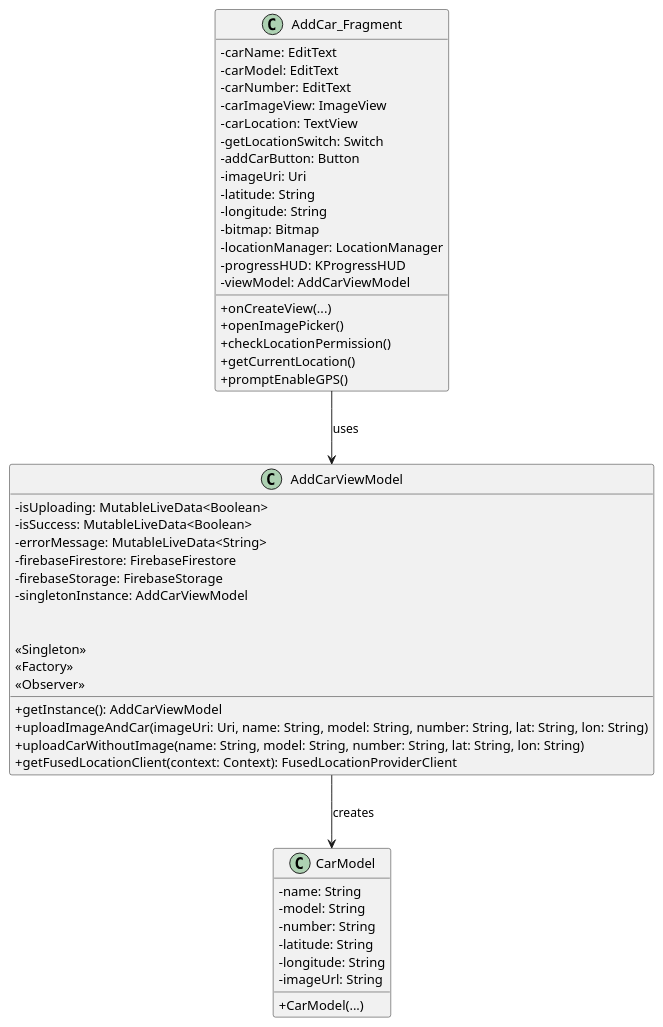
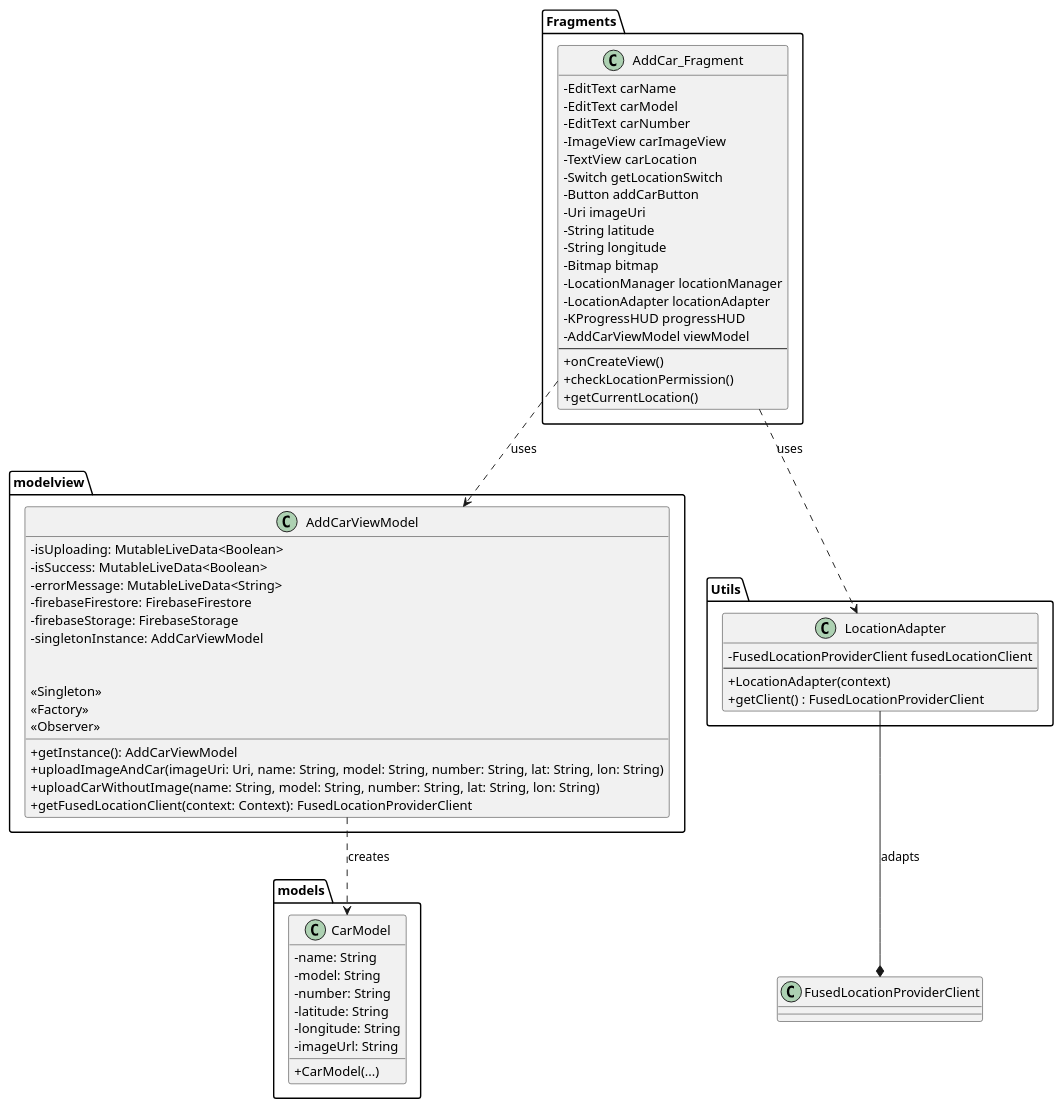
Before and after one commit to seruyvodoley/vehicle_tracking: the diagram in app/src/main/java/com/example/vehicletracking/fragments/class.puml, drawn with PlantUML. The commit also changed 5 other files, not shown here.

```diff
--- a/app/src/main/java/com/example/vehicletracking/fragments/class.puml
+++ b/app/src/main/java/com/example/vehicletracking/fragments/class.puml
@@ -1,61 +1,74 @@
 @startuml
 skinparam classAttributeIconSize 0
 
 ' ------------------ CarModel ---------------------
-class CarModel {
-  - name: String
-  - model: String
-  - number: String
-  - latitude: String
-  - longitude: String
-  - imageUrl: String
-  + CarModel(...)
+package models{
+    class CarModel {
+      - name: String
+      - model: String
+      - number: String
+      - latitude: String
+      - longitude: String
+      - imageUrl: String
+      + CarModel(...)
+    }
 }
 
 ' ------------------ AddCarViewModel ---------------------
-class AddCarViewModel {
-  - isUploading: MutableLiveData<Boolean>
-  - isSuccess: MutableLiveData<Boolean>
-  - errorMessage: MutableLiveData<String>
-  - firebaseFirestore: FirebaseFirestore
-  - firebaseStorage: FirebaseStorage
-  - singletonInstance: AddCarViewModel
+package modelview{
+    class AddCarViewModel {
+      - isUploading: MutableLiveData<Boolean>
+      - isSuccess: MutableLiveData<Boolean>
+      - errorMessage: MutableLiveData<String>
+      - firebaseFirestore: FirebaseFirestore
+      - firebaseStorage: FirebaseStorage
+      - singletonInstance: AddCarViewModel
 
-  + getInstance(): AddCarViewModel
-  + uploadImageAndCar(imageUri: Uri, name: String, model: String, number: String, lat: String, lon: String)
-  + uploadCarWithoutImage(name: String, model: String, number: String, lat: String, lon: String)
-  + getFusedLocationClient(context: Context): FusedLocationProviderClient
+      + getInstance(): AddCarViewModel
+      + uploadImageAndCar(imageUri: Uri, name: String, model: String, number: String, lat: String, lon: String)
+      + uploadCarWithoutImage(name: String, model: String, number: String, lat: String, lon: String)
+      + getFusedLocationClient(context: Context): FusedLocationProviderClient
 
-  <<Singleton>>
-  <<Factory>>
-  <<Observer>>
+      <<Singleton>>
+      <<Factory>>
+      <<Observer>>
+    }
+}
+package "Fragments" {
+    class AddCar_Fragment {
+        - EditText carName
+        - EditText carModel
+        - EditText carNumber
+        - ImageView carImageView
+        - TextView carLocation
+        - Switch getLocationSwitch
+        - Button addCarButton
+        - Uri imageUri
+        - String latitude
+        - String longitude
+        - Bitmap bitmap
+        - LocationManager locationManager
+        - LocationAdapter locationAdapter
+        - KProgressHUD progressHUD
+        - AddCarViewModel viewModel
+        --
+        + onCreateView()
+        + checkLocationPermission()
+        + getCurrentLocation()
+    }
+}
+package "Utils" {
+    class LocationAdapter {
+        - FusedLocationProviderClient fusedLocationClient
+        --
+        + LocationAdapter(context)
+        + getClient() : FusedLocationProviderClient
+    }
 }
 
-' ------------------ AddCar_Fragment ---------------------
-class AddCar_Fragment {
-  - carName: EditText
-  - carModel: EditText
-  - carNumber: EditText
-  - carImageView: ImageView
-  - carLocation: TextView
-  - getLocationSwitch: Switch
-  - addCarButton: Button
-  - imageUri: Uri
-  - latitude: String
-  - longitude: String
-  - bitmap: Bitmap
-  - locationManager: LocationManager
-  - progressHUD: KProgressHUD
-  - viewModel: AddCarViewModel
-
-  + onCreateView(...)
-  + openImagePicker()
-  + checkLocationPermission()
-  + getCurrentLocation()
-  + promptEnableGPS()
-}
-
-AddCar_Fragment --> AddCarViewModel : uses
-AddCarViewModel --> CarModel : creates
+AddCar_Fragment ..> AddCarViewModel : uses
+AddCarViewModel ..> CarModel : creates
+AddCar_Fragment ..> LocationAdapter : uses
+LocationAdapter --* FusedLocationProviderClient : adapts
 
 @enduml
```
